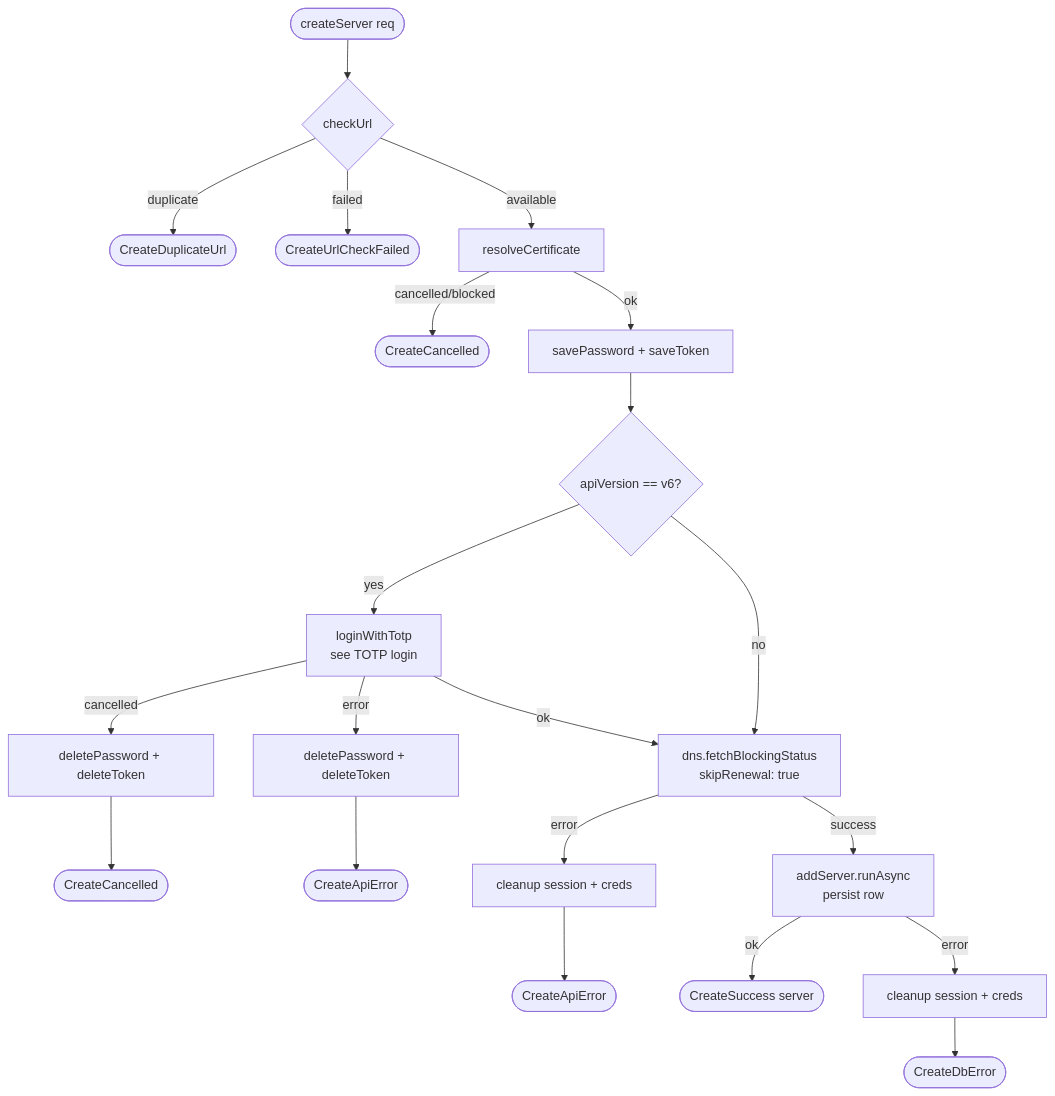
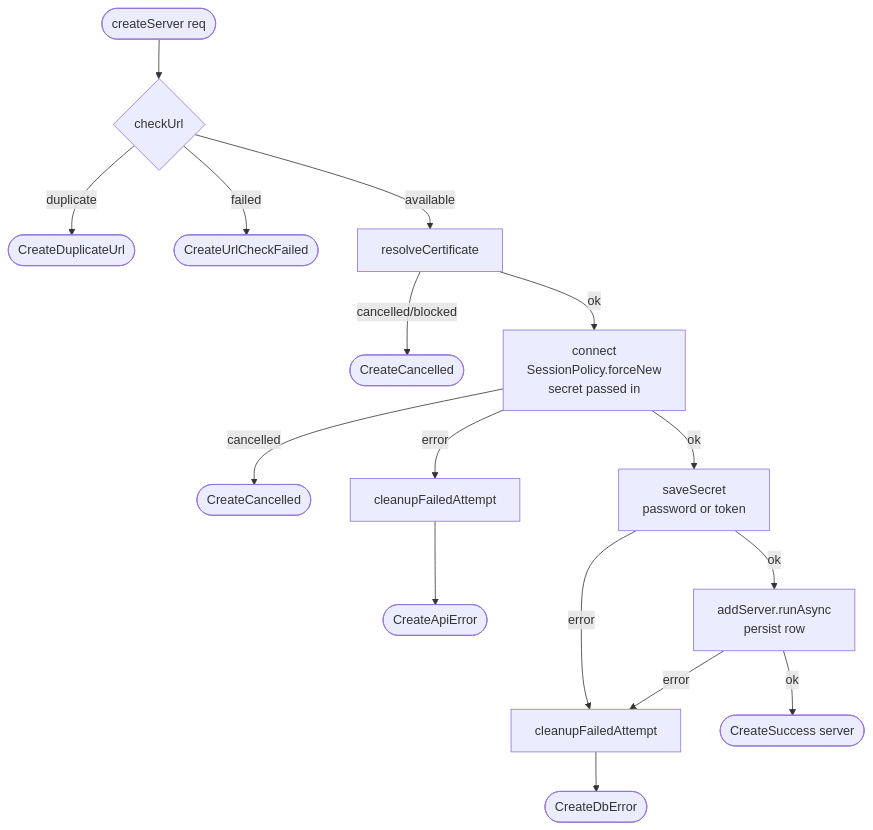
The second of 8 diagrams in docs/server-connection-flow.md (tsutsu3/pi-hole-client), drawn with Mermaid before and after one commit. The commit also changed other lines of this file and 23 other files, not shown here.

````diff
--- a/docs/server-connection-flow.md
+++ b/docs/server-connection-flow.md
@@ -38,19 +71,16 @@
 ```mermaid
 flowchart TD
   A([createServer req]) --> B{checkUrl}
   B -- duplicate --> BD([CreateDuplicateUrl])
   B -- failed --> BF([CreateUrlCheckFailed])
   B -- available --> D[resolveCertificate]
   D -- cancelled/blocked --> DX([CreateCancelled])
-  D -- ok --> C[savePassword + saveToken]
-  C --> E{apiVersion == v6?}
-  E -- yes --> F[loginWithTotp<br/>see TOTP login]
-  F -- cancelled --> FC[deletePassword + deleteToken] --> FX([CreateCancelled])
-  F -- error --> G[deletePassword + deleteToken] --> H([CreateApiError])
-  F -- ok --> I[dns.fetchBlockingStatus<br/>skipRenewal: true]
-  E -- no --> I
-  I -- success --> M[addServer.runAsync<br/>persist row]
-  I -- error --> K[cleanup session + creds] --> L([CreateApiError])
+  D -- ok --> C[connect<br/>SessionPolicy.forceNew<br/>secret passed in]
+  C -- cancelled --> CX([CreateCancelled])
+  C -- error --> CE[cleanupFailedAttempt] --> CA([CreateApiError])
+  C -- ok --> S[saveSecret<br/>password or token]
+  S -- error --> F[cleanupFailedAttempt] --> DB([CreateDbError])
+  S -- ok --> M[addServer.runAsync<br/>persist row]
+  M -- error --> F
   M -- ok --> J([CreateSuccess server])
-  M -- error --> N[cleanup session + creds] --> DB([CreateDbError])
 ```
````
